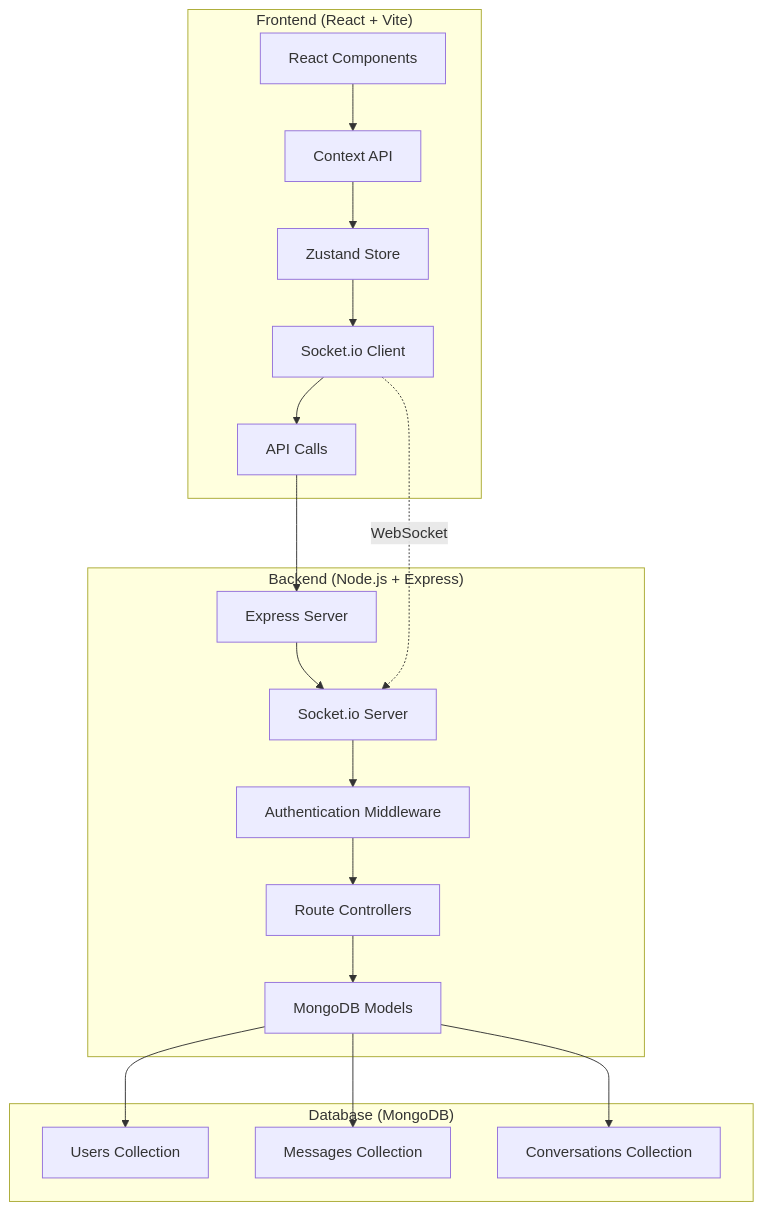
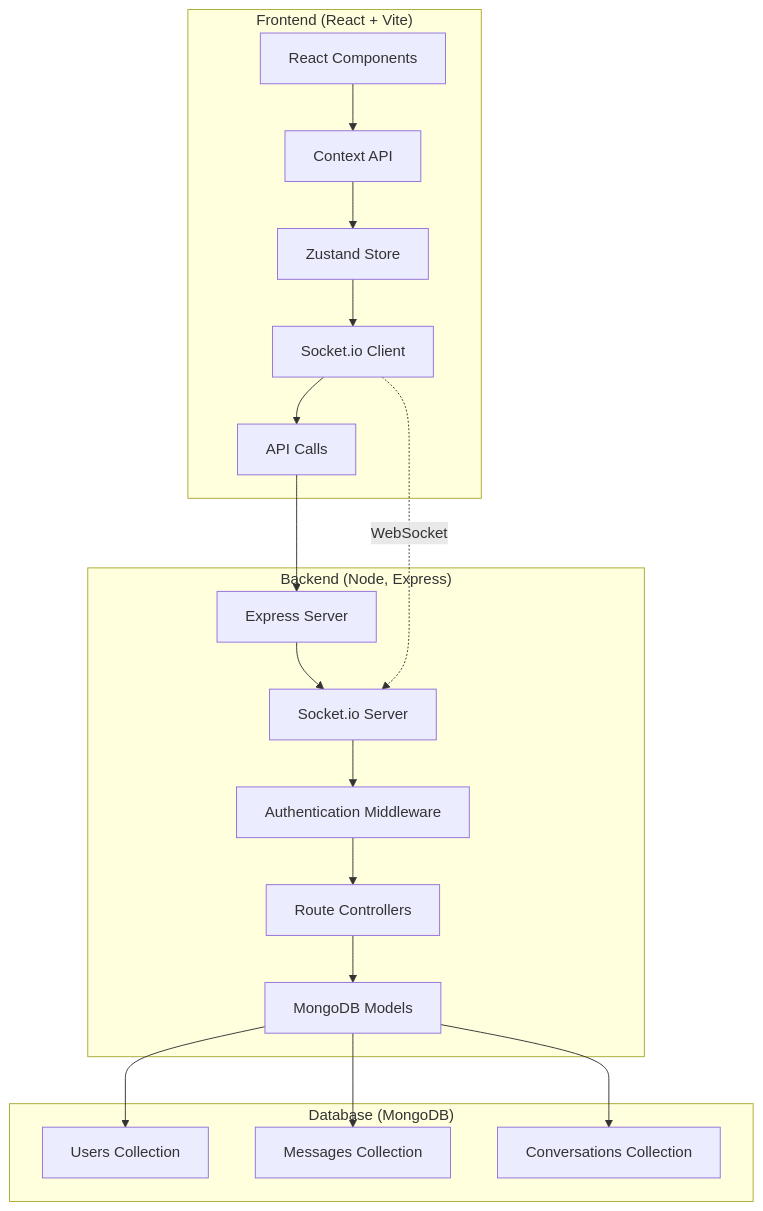
One commit to IzaanQaiser/MERN-Chat-Application changed the diagram in README.md. Above: the diagram before and after it, drawn with Mermaid.

````diff
--- a/README.md
+++ b/README.md
@@ -36,30 +36,30 @@
 ```mermaid
 graph TB
     subgraph Frontend["Frontend (React + Vite)"]
         A[React Components] --> B[Context API]
         B --> C[Zustand Store]
         C --> D[Socket.io Client]
         D --> E[API Calls]
     end
     
-    subgraph Backend["Backend (Node.js + Express)"]
+    subgraph Backend["Backend (Node, Express)"]
 
         F[Express Server] --> G[Socket.io Server]
         G --> H[Authentication Middleware]
         H --> I[Route Controllers]
         I --> J[MongoDB Models]
     end
     
     subgraph Database["Database (MongoDB)"]
         K[Users Collection]
         L[Messages Collection]
         M[Conversations Collection]
     end
     
     E --> F
     J --> K
     J --> L
     J --> M
     
     D -.->|WebSocket| G
 ```
````
